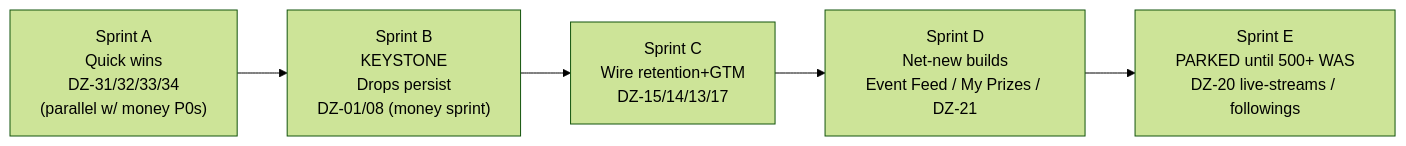
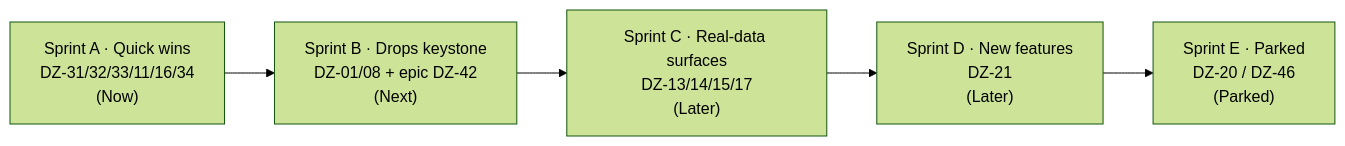
One commit to aalex0372/roadmap changed the diagram in docs/roadmap/frontend-placeholders.md. Above: the diagram before and after it, drawn with Mermaid (forest theme). The commit also changed other lines of this file and 8 other files, not shown here.

First line of the commit message:
Re-scope roadmap to developer gap/placeholder work only

````diff
--- a/docs/roadmap/frontend-placeholders.md
+++ b/docs/roadmap/frontend-placeholders.md
@@ -184,7 +170,7 @@
 ```mermaid
 flowchart LR
-    A["Sprint A<br/>Quick wins<br/>DZ-31/32/33/34<br/>(parallel w/ money P0s)"] --> B["Sprint B<br/>KEYSTONE<br/>Drops persist<br/>DZ-01/08 (money sprint)"]
-    B --> C["Sprint C<br/>Wire retention+GTM<br/>DZ-15/14/13/17"]
-    C --> D["Sprint D<br/>Net-new builds<br/>Event Feed / My Prizes / DZ-21"]
-    D --> E["Sprint E<br/>PARKED until 500+ WAS<br/>DZ-20 live-streams / followings"]
+    A["Sprint A · Quick wins<br/>DZ-31/32/33/11/16/34<br/>(Now)"] --> B["Sprint B · Drops keystone<br/>DZ-01/08 + epic DZ-42<br/>(Next)"]
+    B --> C["Sprint C · Real-data surfaces<br/>DZ-13/14/15/17<br/>(Later)"]
+    C --> D["Sprint D · New features<br/>DZ-21<br/>(Later)"]
+    D --> E["Sprint E · Parked<br/>DZ-20 / DZ-46<br/>(Parked)"]
 ```
````
